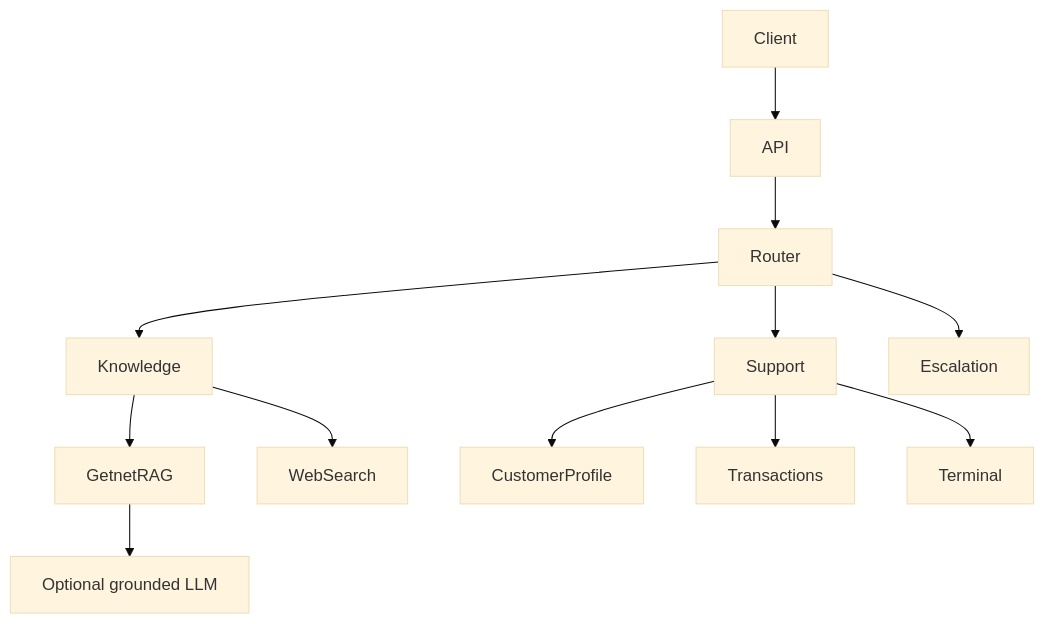
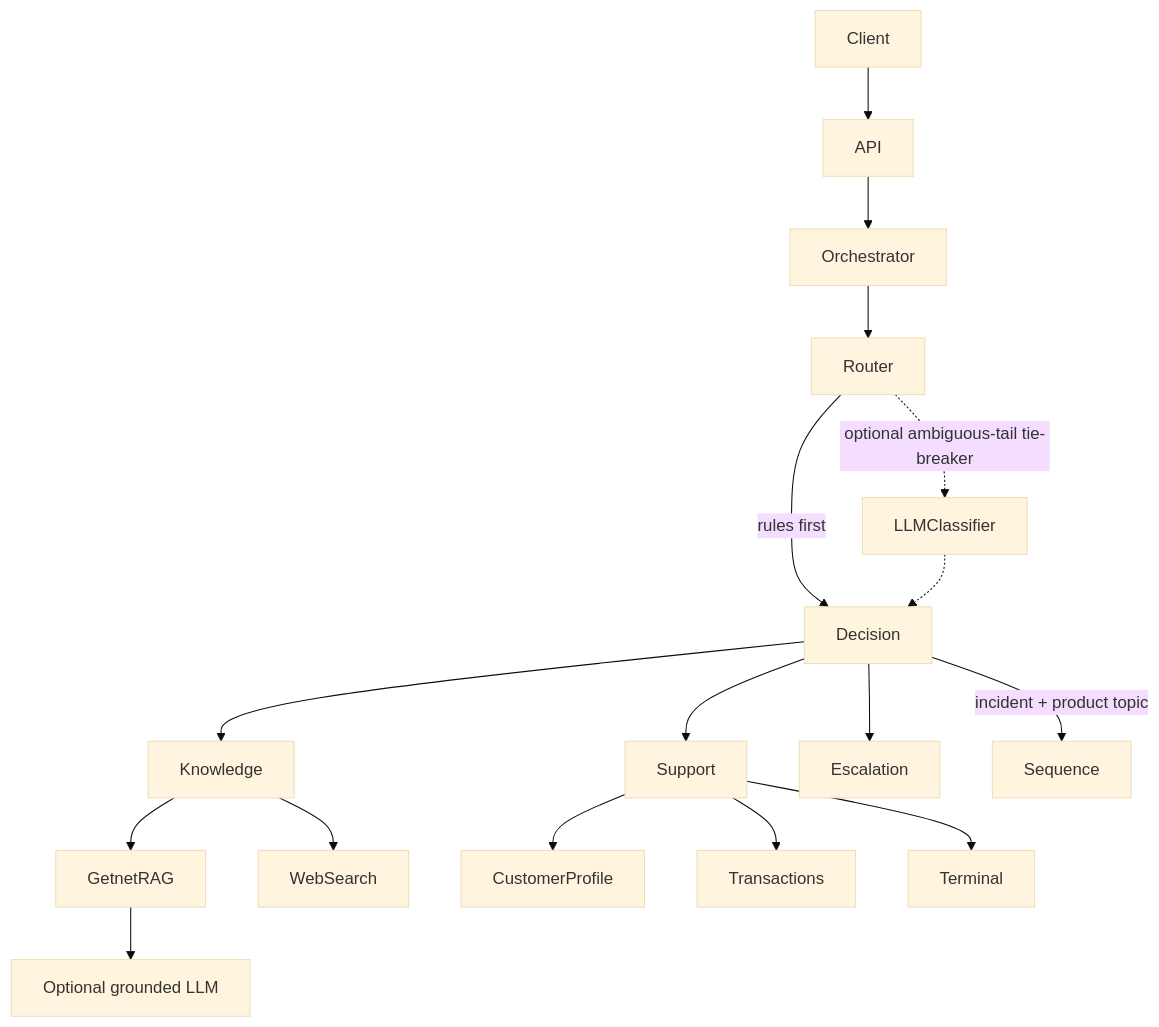
The diagram in README.md (brunovicco/getnet-multi-agent-support), drawn with Mermaid (base theme) before and after one commit. The commit also changed other lines of this file and 16 other files, not shown here.

Commit message:
fix: preserve sequence handoffs and localize support output

````diff
--- a/README.md
+++ b/README.md
@@ -26,17 +26,21 @@
 ```mermaid
 flowchart TD
     Client --> API
-    API --> Router
-
-    Router --> Knowledge
-    Router --> Support
-    Router --> Escalation
+    API --> Orchestrator
+    Orchestrator --> Router
+    Router -->|rules first| Decision
+    Router -.->|optional ambiguous-tail tie-breaker| LLMClassifier
+    LLMClassifier -.-> Decision
+    Decision --> Knowledge
+    Decision --> Support
+    Decision --> Escalation
+    Decision -->|incident + product topic| Sequence
 
     Knowledge --> GetnetRAG
     Knowledge --> WebSearch
     GetnetRAG --> OptionalLLM[Optional grounded LLM]
 
     Support --> CustomerProfile
     Support --> Transactions
     Support --> Terminal
 ```
````
